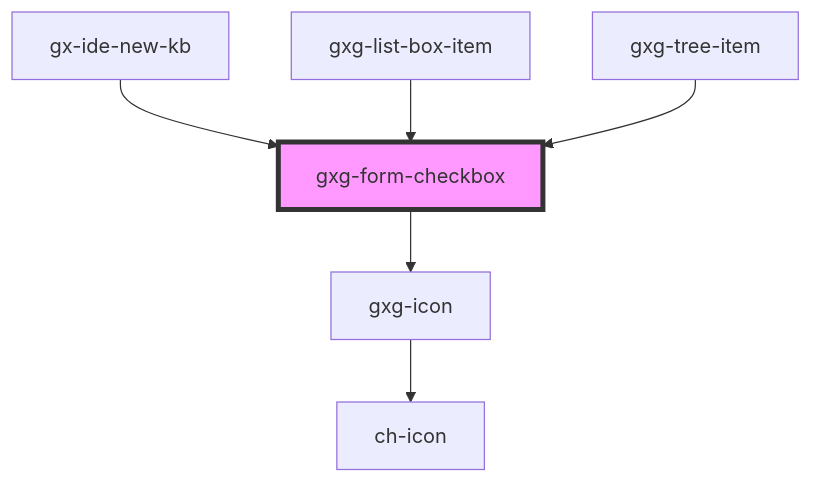
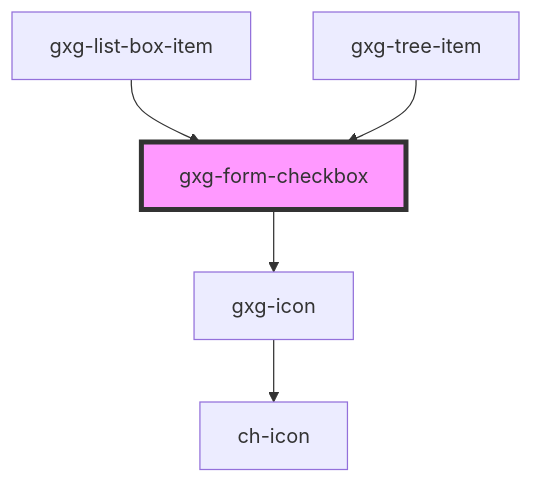
The diagram in src/components/form-checkbox/readme.md (genexuslabs/gemini), drawn with Mermaid before and after one commit. The commit also changed other lines of this file and 18 other files, not shown here.

````diff
--- a/src/components/form-checkbox/readme.md
+++ b/src/components/form-checkbox/readme.md
@@ -48,9 +47,8 @@
 ```mermaid
 graph TD;
   gxg-form-checkbox --> gxg-icon
   gxg-icon --> ch-icon
-  gx-ide-new-kb --> gxg-form-checkbox
   gxg-list-box-item --> gxg-form-checkbox
   gxg-tree-item --> gxg-form-checkbox
   style gxg-form-checkbox fill:#f9f,stroke:#333,stroke-width:4px
 ```
````
